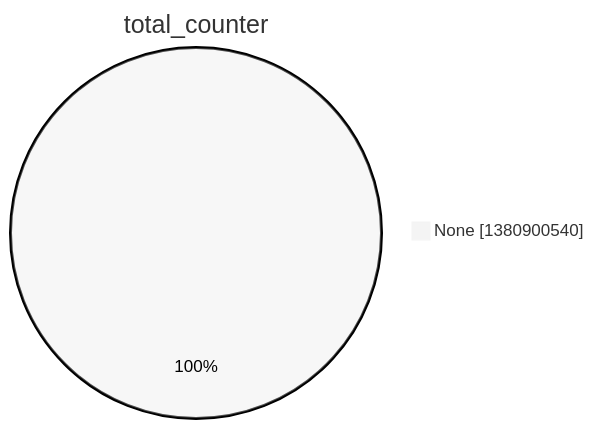
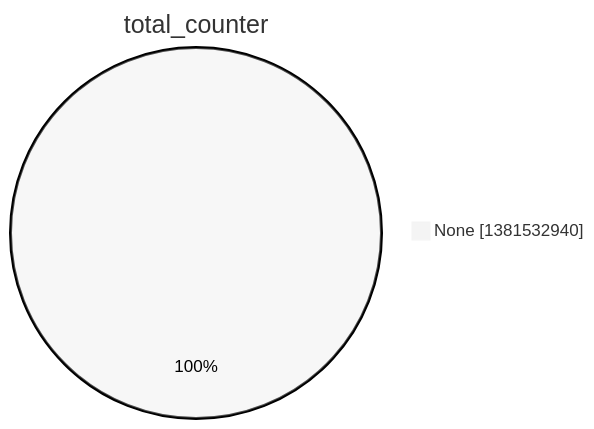
Before and after one commit to christiankrug/ctmonitor_visualization: the second of 15 diagrams in argon2022/README.md, drawn with Mermaid (neutral theme). The commit also changed other lines of this file, not shown here.

````diff
--- a/argon2022/README.md
+++ b/argon2022/README.md
@@ -9,5 +9,5 @@
 ```mermaid
 pie showData
 title total_counter
-"None" :1380900540
+"None" :1381532940
 ```
````
